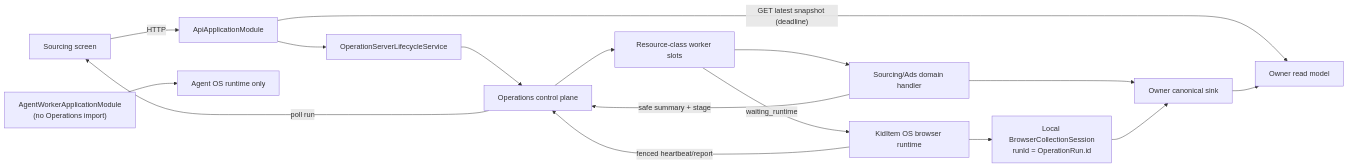
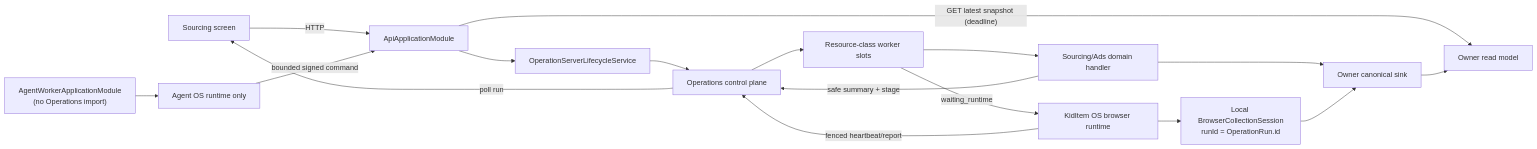
The diagram in docs/superpowers/specs/2026-08-13-sourcing-long-running-operations-design.md (AgentFoundry-Labs/kiditem), drawn with Mermaid before and after one commit. The commit also changed other lines of this file and 1 other file, not shown here.

````diff
--- a/docs/superpowers/specs/2026-08-13-sourcing-long-running-operations-design.md
+++ b/docs/superpowers/specs/2026-08-13-sourcing-long-running-operations-design.md
@@ -261,18 +262,19 @@
 ```mermaid
 flowchart LR
   UI["Sourcing screen"] -->|"HTTP"| API["ApiApplicationModule"]
   API --> Gate["OperationServerLifecycleService"]
   Gate --> Ops["Operations control plane"]
   API -->|"GET latest snapshot (deadline)"| Read["Owner read model"]
   Ops --> Lane["Resource-class worker slots"]
   Lane --> Domain["Sourcing/Ads domain handler"]
   Lane -->|"waiting_runtime"| Browser["KidItem OS browser runtime"]
   Browser --> Session["Local BrowserCollectionSession\nrunId = OperationRun.id"]
   Domain --> Sink["Owner canonical sink"]
   Session --> Sink
   Domain -->|"safe summary + stage"| Ops
   Browser -->|"fenced heartbeat/report"| Ops
   Ops -->|"poll run"| UI
   Sink --> Read
   AgentRoot["AgentWorkerApplicationModule\n(no Operations import)"] --> AgentOS["Agent OS runtime only"]
+  AgentOS -->|"bounded signed command"| API
 ```
````
